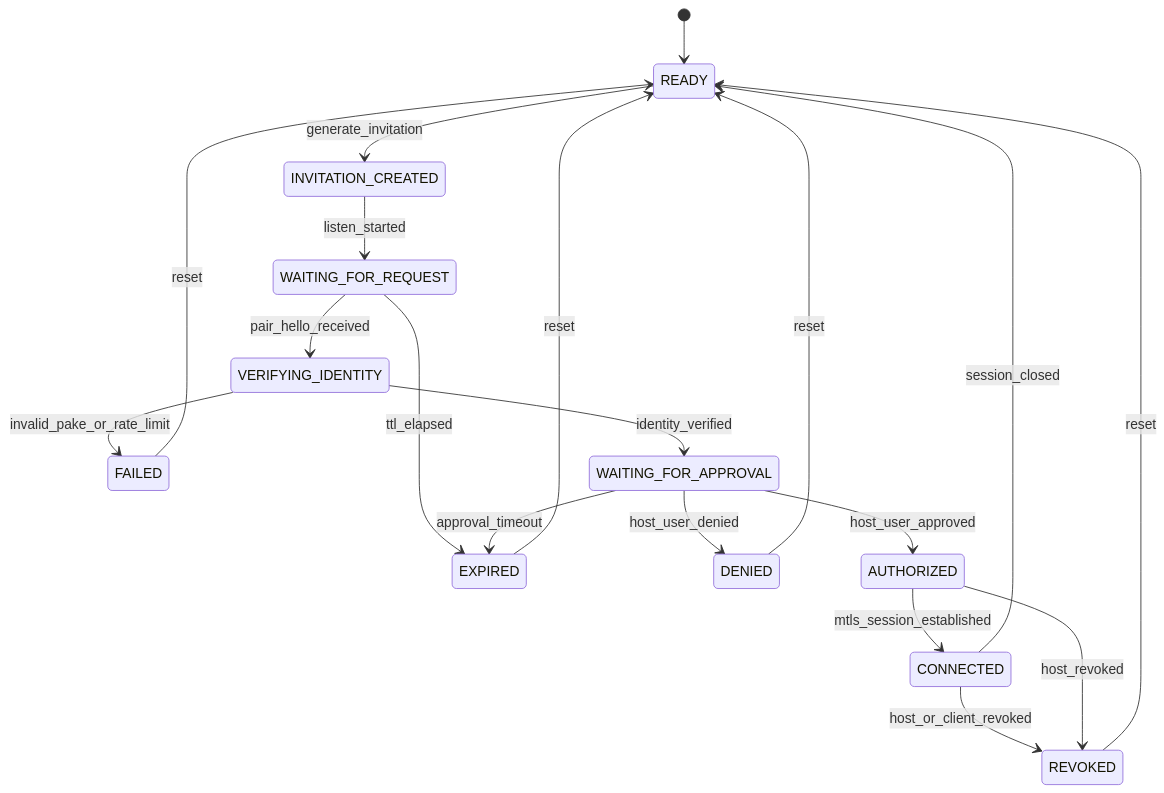
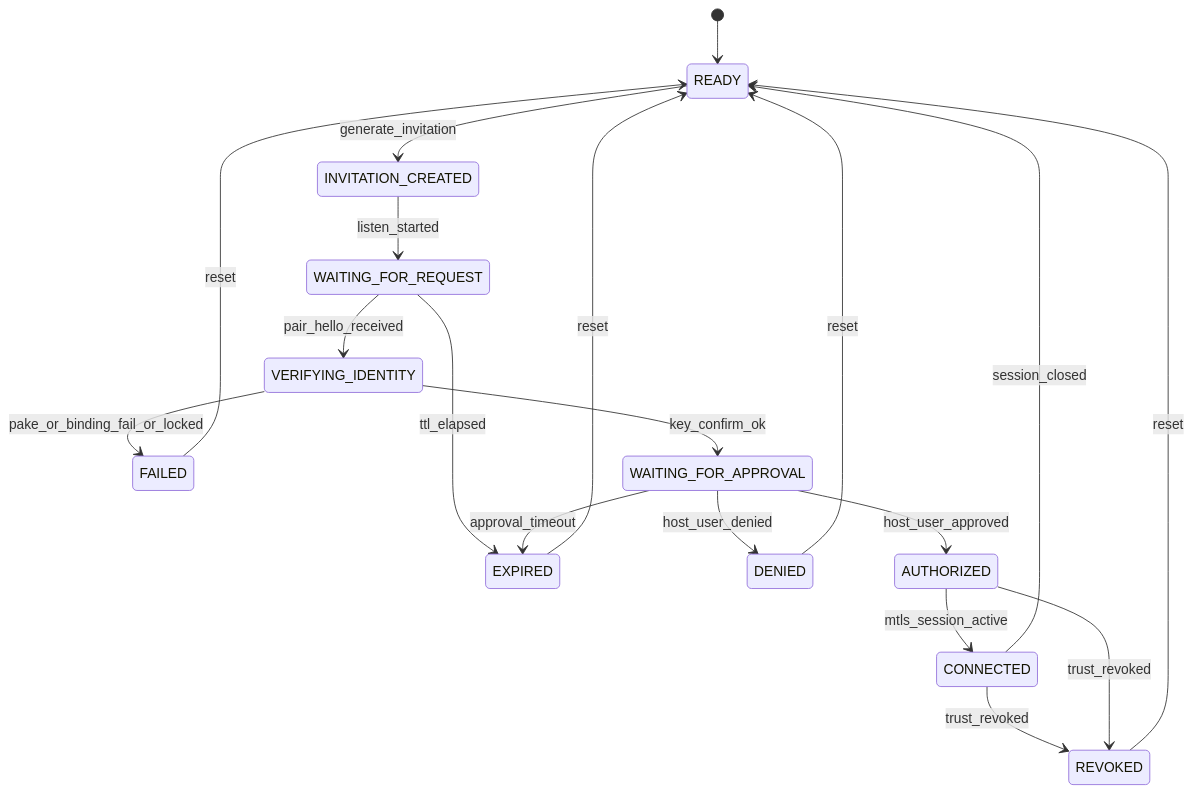
The diagram in docs/product/easy-pairing/PAIRING_PROTOCOL.md (mmontielpz/jack), drawn with Mermaid before and after one commit. The commit also changed other lines of this file and 9 other files, not shown here.

````diff
--- a/docs/product/easy-pairing/PAIRING_PROTOCOL.md
+++ b/docs/product/easy-pairing/PAIRING_PROTOCOL.md
@@ -48,21 +53,21 @@
 ```mermaid
 stateDiagram-v2
     [*] --> READY
     READY --> INVITATION_CREATED: generate_invitation
     INVITATION_CREATED --> WAITING_FOR_REQUEST: listen_started
     WAITING_FOR_REQUEST --> EXPIRED: ttl_elapsed
     WAITING_FOR_REQUEST --> VERIFYING_IDENTITY: pair_hello_received
-    VERIFYING_IDENTITY --> FAILED: invalid_pake_or_rate_limit
-    VERIFYING_IDENTITY --> WAITING_FOR_APPROVAL: identity_verified
+    VERIFYING_IDENTITY --> FAILED: pake_or_binding_fail_or_locked
+    VERIFYING_IDENTITY --> WAITING_FOR_APPROVAL: key_confirm_ok
     WAITING_FOR_APPROVAL --> DENIED: host_user_denied
     WAITING_FOR_APPROVAL --> EXPIRED: approval_timeout
     WAITING_FOR_APPROVAL --> AUTHORIZED: host_user_approved
-    AUTHORIZED --> CONNECTED: mtls_session_established
-    CONNECTED --> REVOKED: host_or_client_revoked
-    AUTHORIZED --> REVOKED: host_revoked
+    AUTHORIZED --> CONNECTED: mtls_session_active
+    CONNECTED --> REVOKED: trust_revoked
+    AUTHORIZED --> REVOKED: trust_revoked
     CONNECTED --> READY: session_closed
     DENIED --> READY: reset
     EXPIRED --> READY: reset
     FAILED --> READY: reset
     REVOKED --> READY: reset
 ```
````
